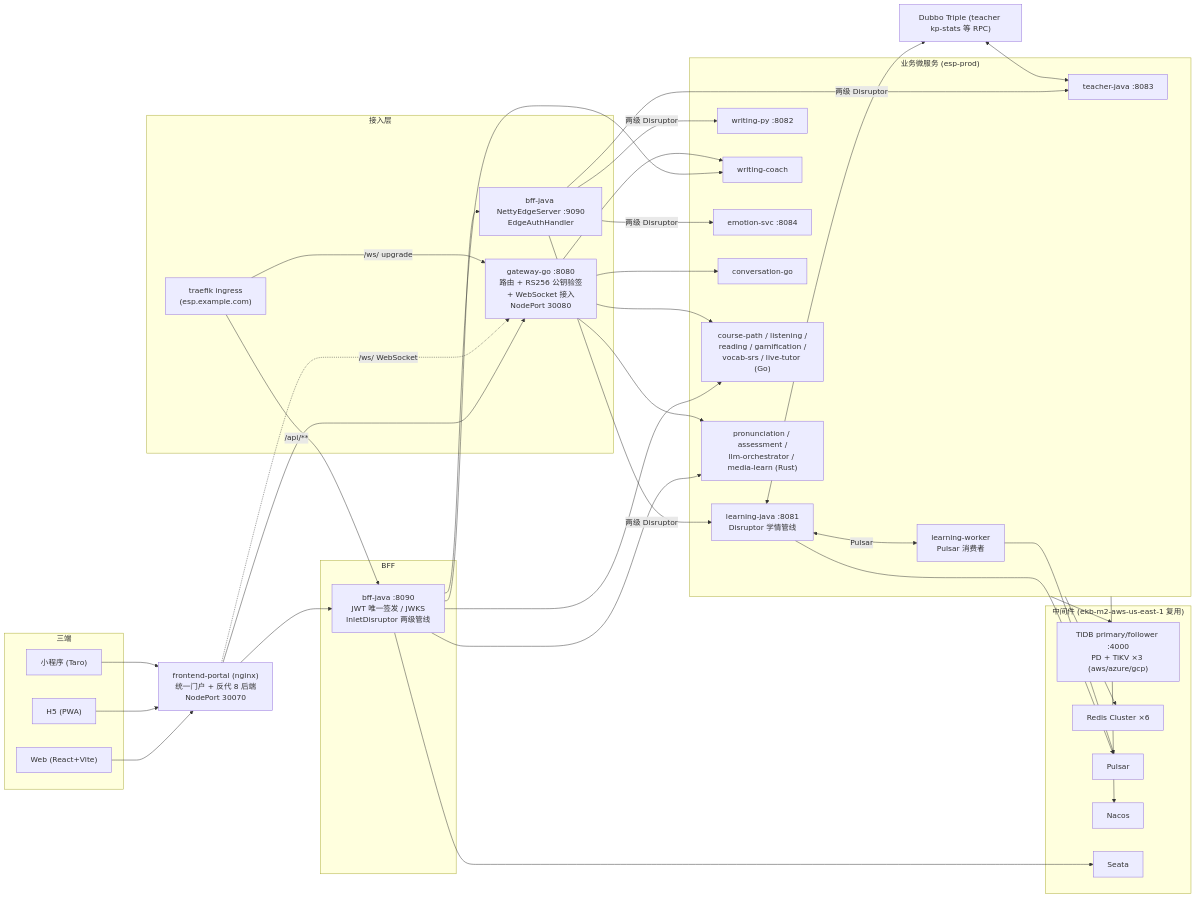
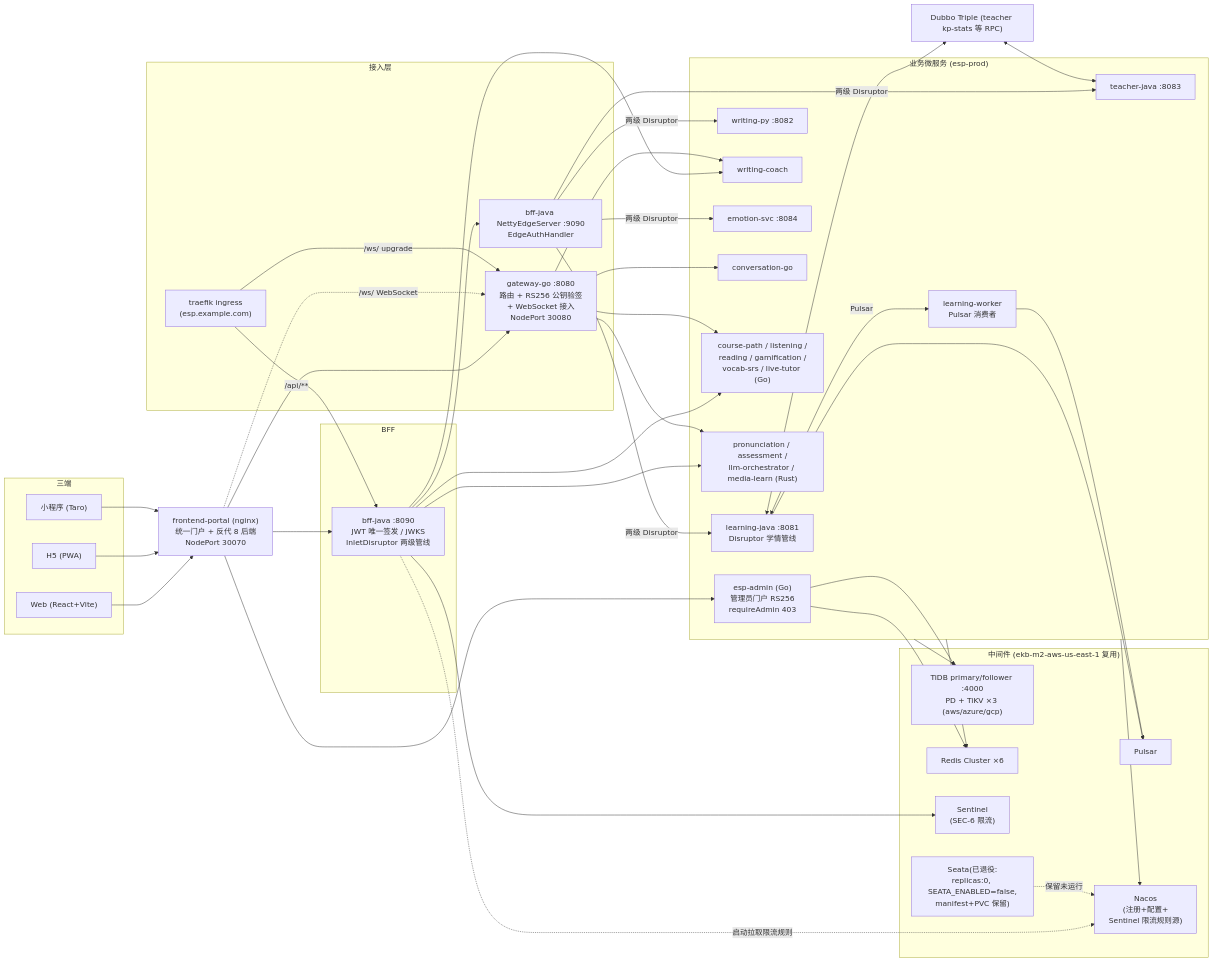
Before and after one commit to tianqiongenze/English-Study-Platform: the first of 12 diagrams in README.zh-CN.md, drawn with Mermaid. The commit also changed other lines of this file and 479 other files, not shown here.

````diff
--- a/README.zh-CN.md
+++ b/README.zh-CN.md
@@ -58,57 +72,62 @@
 ```mermaid
 flowchart LR
     subgraph Clients["三端"]
         WEB["Web (React+Vite)"]
         H5["H5 (PWA)"]
         MP["小程序 (Taro)"]
     end
 
     PORTAL["frontend-portal (nginx)<br/>统一门户 + 反代 8 后端<br/>NodePort 30070"]
 
     subgraph Edge["接入层"]
         TRAEFIK["traefik ingress<br/>(esp.example.com)"]
         GW["gateway-go :8080<br/>路由 + RS256 公钥验签<br/>+ WebSocket 接入<br/>NodePort 30080"]
         EDGE["bff-java NettyEdgeServer :9090<br/>EdgeAuthHandler"]
     end
 
     subgraph BFF["BFF"]
         BFFJ["bff-java :8090<br/>JWT 唯一签发 / JWKS<br/>InletDisruptor 两级管线"]
     end
 
     subgraph Services["业务微服务 (esp-prod)"]
         LEARN["learning-java :8081<br/>Disruptor 学情管线"]
         WORKER["learning-worker<br/>Pulsar 消费者"]
         TEACH["teacher-java :8083"]
         WRITE["writing-py :8082"]
         WCOACH["writing-coach"]
         EMOT["emotion-svc :8084"]
         CONV["conversation-go"]
         GOSVC["course-path / listening /<br/>reading / gamification /<br/>vocab-srs / live-tutor (Go)"]
         RUSTSVC["pronunciation / assessment /<br/>llm-orchestrator / media-learn (Rust)"]
+        ADMIN["esp-admin (Go)<br/>管理员门户 RS256<br/>requireAdmin 403"]
     end
 
     subgraph MW["中间件 (ekb-m2-aws-us-east-1 复用)"]
         TIDB["TiDB primary/follower :4000<br/>PD + TiKV ×3 (aws/azure/gcp)"]
         REDIS["Redis Cluster ×6"]
         PULSAR["Pulsar"]
-        NACOS["Nacos"]
-        SEATA["Seata"]
+        NACOS["Nacos<br/>(注册+配置+<br/>Sentinel 限流规则源)"]
+        SENTINEL["Sentinel<br/>(SEC-6 限流)"]
+        SEATA["Seata(已退役:<br/>replicas:0, SEATA_ENABLED=false,<br/>manifest+PVC 保留)"]
     end
 
     DUBBO["Dubbo Triple (teacher kp-stats 等 RPC)"]
 
     WEB & H5 & MP --> PORTAL
-    PORTAL --> GW & BFFJ
+    PORTAL --> GW & BFFJ & ADMIN
     PORTAL -.->|"/ws/ WebSocket"| GW
     TRAEFIK -->|"/api/**"| BFFJ
     TRAEFIK -->|"/ws/ upgrade"| GW
     BFFJ --> EDGE -->|"两级 Disruptor"| LEARN & TEACH & WRITE & EMOT
     GW --> CONV
     BFFJ & GW --> GOSVC & RUSTSVC & WCOACH
     LEARN <-->|Pulsar| WORKER
     LEARN <--> DUBBO <--> TEACH
     Services --> TIDB & REDIS
     LEARN & WORKER --> PULSAR
     Services --> NACOS
-    BFFJ --> SEATA
+    BFFJ -.->|启动拉取限流规则| NACOS
+    BFFJ --> SENTINEL
+    ADMIN --> TIDB & REDIS
+    SEATA -.->|保留未运行| NACOS
 ```
````
